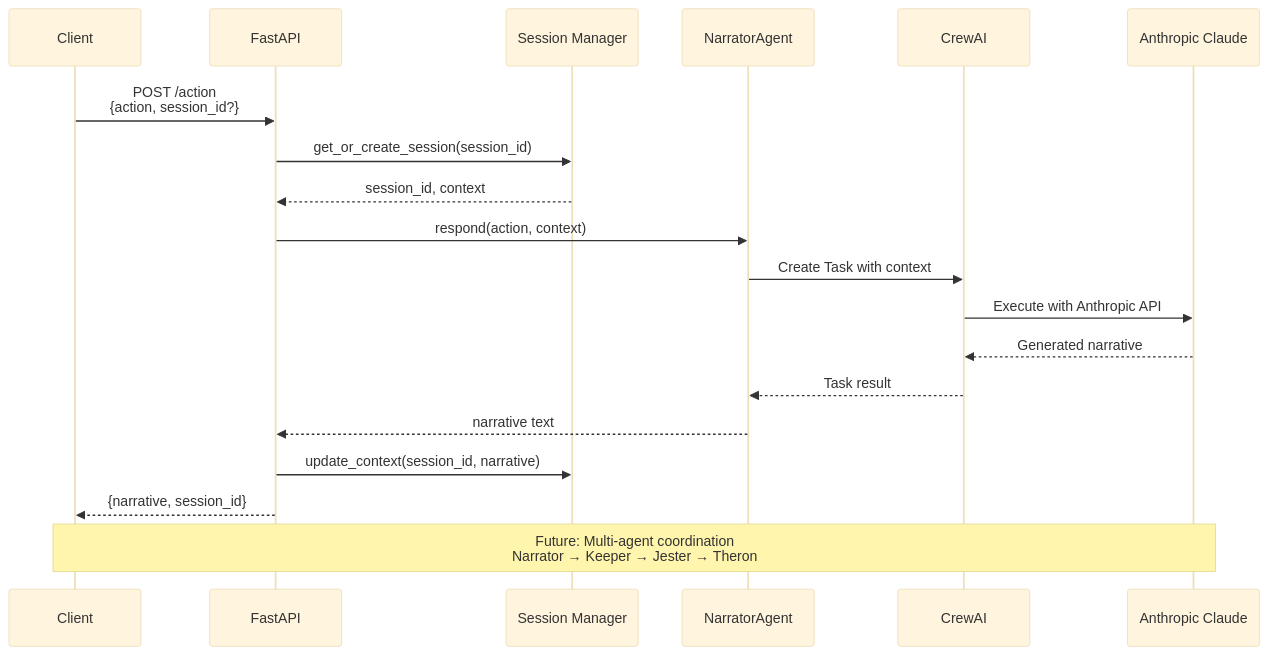
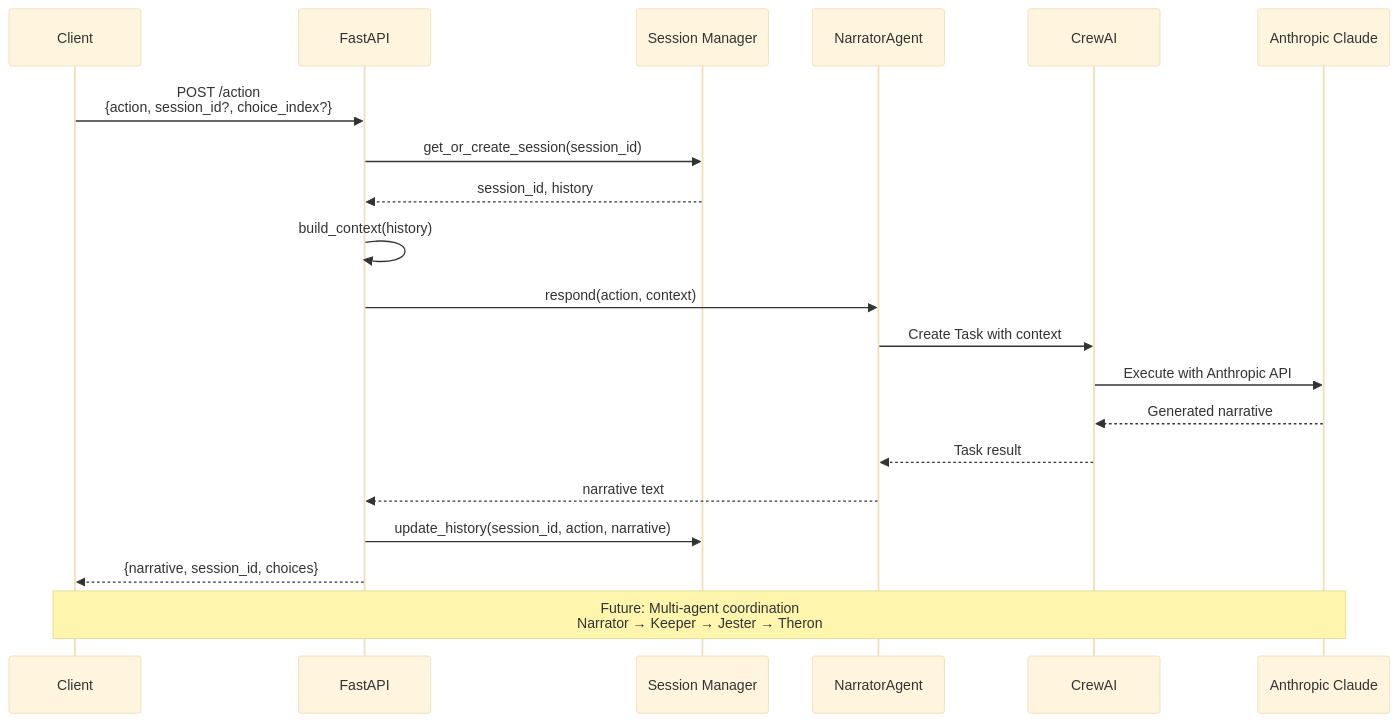
Before and after one commit to darth-dodo/pocket-portals: the third of 3 diagrams in docs/ONBOARDING.md, drawn with Mermaid (base theme). The commit also changed other lines of this file and 2 other files, not shown here.

````diff
--- a/docs/ONBOARDING.md
+++ b/docs/ONBOARDING.md
@@ -250,30 +603,32 @@
 ```mermaid
 sequenceDiagram
     participant Client
     participant FastAPI
     participant SessionMgr as Session Manager
     participant Agent as NarratorAgent
     participant CrewAI
     participant LLM as Anthropic Claude
 
-    Client->>FastAPI: POST /action<br/>{action, session_id?}
+    Client->>FastAPI: POST /action<br/>{action, session_id?, choice_index?}
 
     FastAPI->>SessionMgr: get_or_create_session(session_id)
-    SessionMgr-->>FastAPI: session_id, context
+    SessionMgr-->>FastAPI: session_id, history
+
+    FastAPI->>FastAPI: build_context(history)
 
     FastAPI->>Agent: respond(action, context)
 
     Agent->>CrewAI: Create Task with context
     CrewAI->>LLM: Execute with Anthropic API
 
     LLM-->>CrewAI: Generated narrative
     CrewAI-->>Agent: Task result
 
     Agent-->>FastAPI: narrative text
 
-    FastAPI->>SessionMgr: update_context(session_id, narrative)
+    FastAPI->>SessionMgr: update_history(session_id, action, narrative)
 
-    FastAPI-->>Client: {narrative, session_id}
+    FastAPI-->>Client: {narrative, session_id, choices}
 
     Note over Client,LLM: Future: Multi-agent coordination<br/>Narrator → Keeper → Jester → Theron
 ```
````
